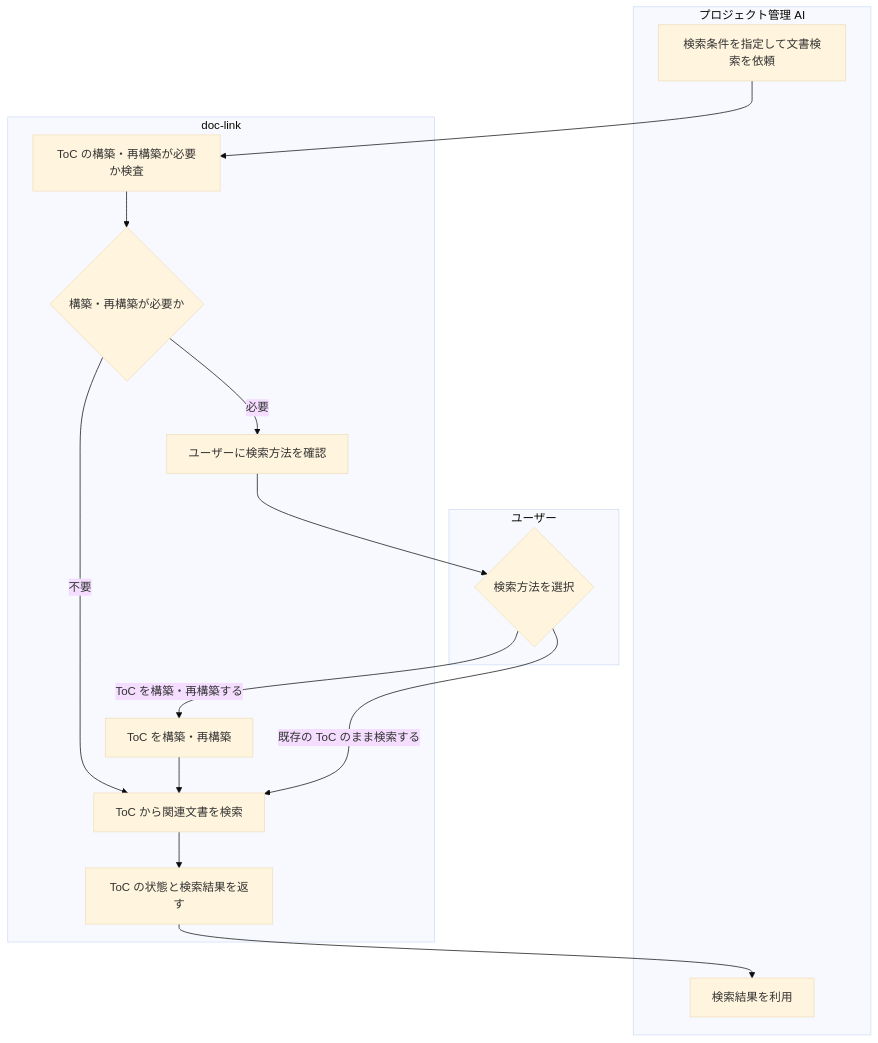
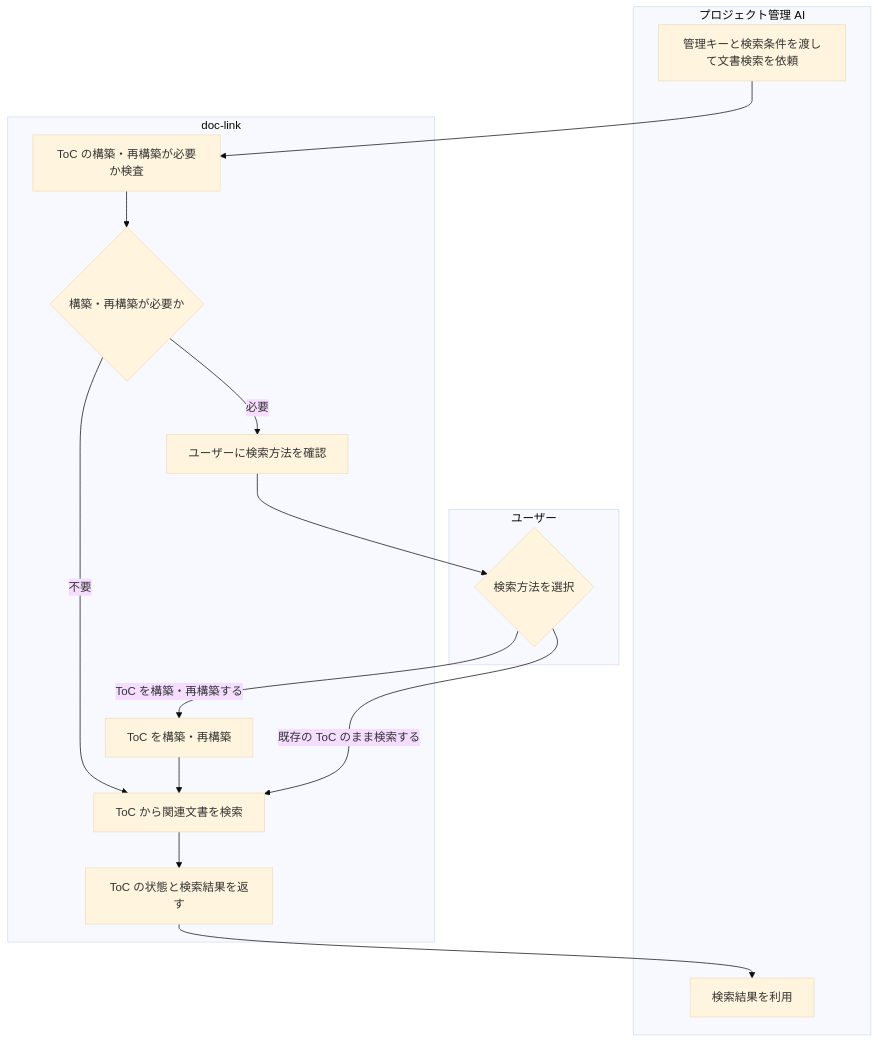
The second of 3 diagrams in doc/spec/requirement/doc_link_requirements.md (BlueEventHorizon/doc-link), drawn with Mermaid (base theme) before and after one commit. The commit also changed other lines of this file, not shown here.

````diff
--- a/doc/spec/requirement/doc_link_requirements.md
+++ b/doc/spec/requirement/doc_link_requirements.md
@@ -87,32 +87,32 @@
 ```mermaid
 flowchart TB
     subgraph PROJECT_AI[プロジェクト管理 AI]
-        PA1[検索条件を指定して文書検索を依頼]
+        PA1[管理キーと検索条件を渡して文書検索を依頼]
         PA2[検索結果を利用]
     end
 
     subgraph USER[ユーザー]
         U1{検索方法を選択}
     end
 
     subgraph DOC_LINK[doc-link]
         DL1[ToC の構築・再構築が必要か検査]
         DL2{構築・再構築が必要か}
         DL3[ユーザーに検索方法を確認]
         DL4[ToC を構築・再構築]
         DL5[ToC から関連文書を検索]
         DL6[ToC の状態と検索結果を返す]
 
         DL1 --> DL2
         DL2 -- 不要 --> DL5
         DL2 -- 必要 --> DL3
         DL4 --> DL5
         DL5 --> DL6
     end
 
     PA1 --> DL1
     DL3 --> U1
     U1 -- ToC を構築・再構築する --> DL4
     U1 -- 既存の ToC のまま検索する --> DL5
     DL6 --> PA2
 ```
````
